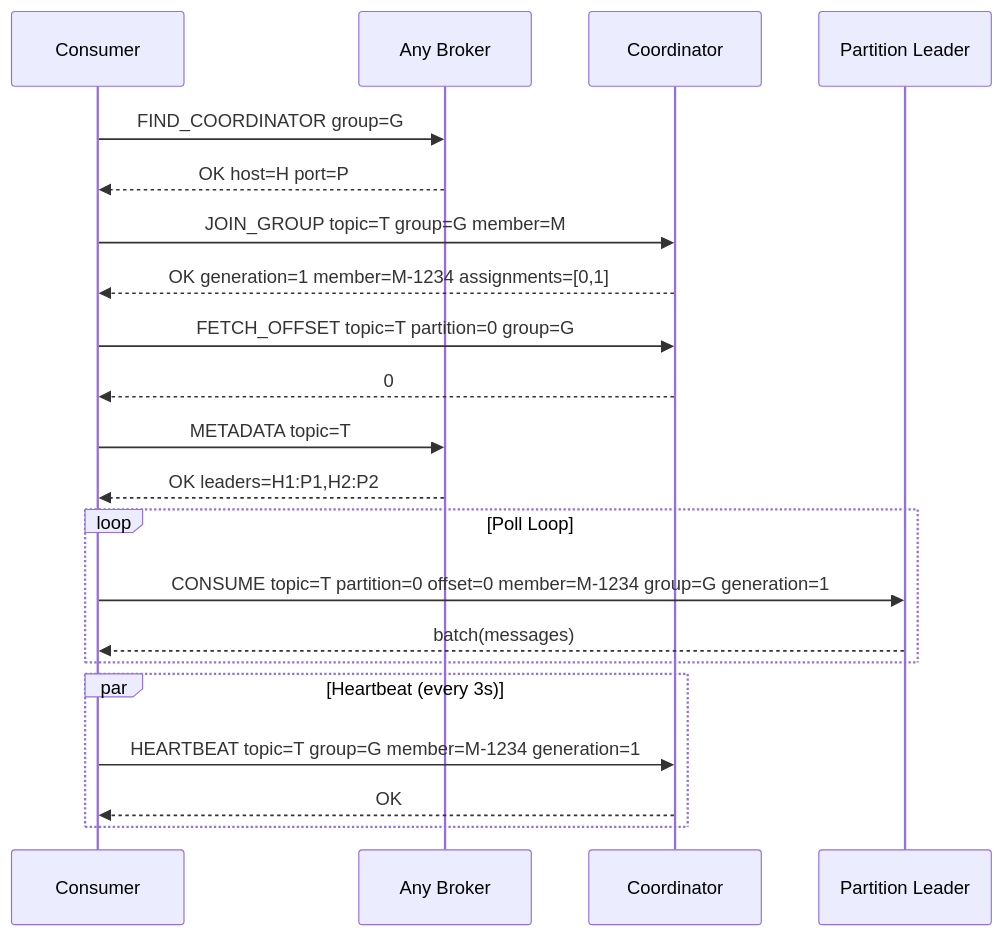
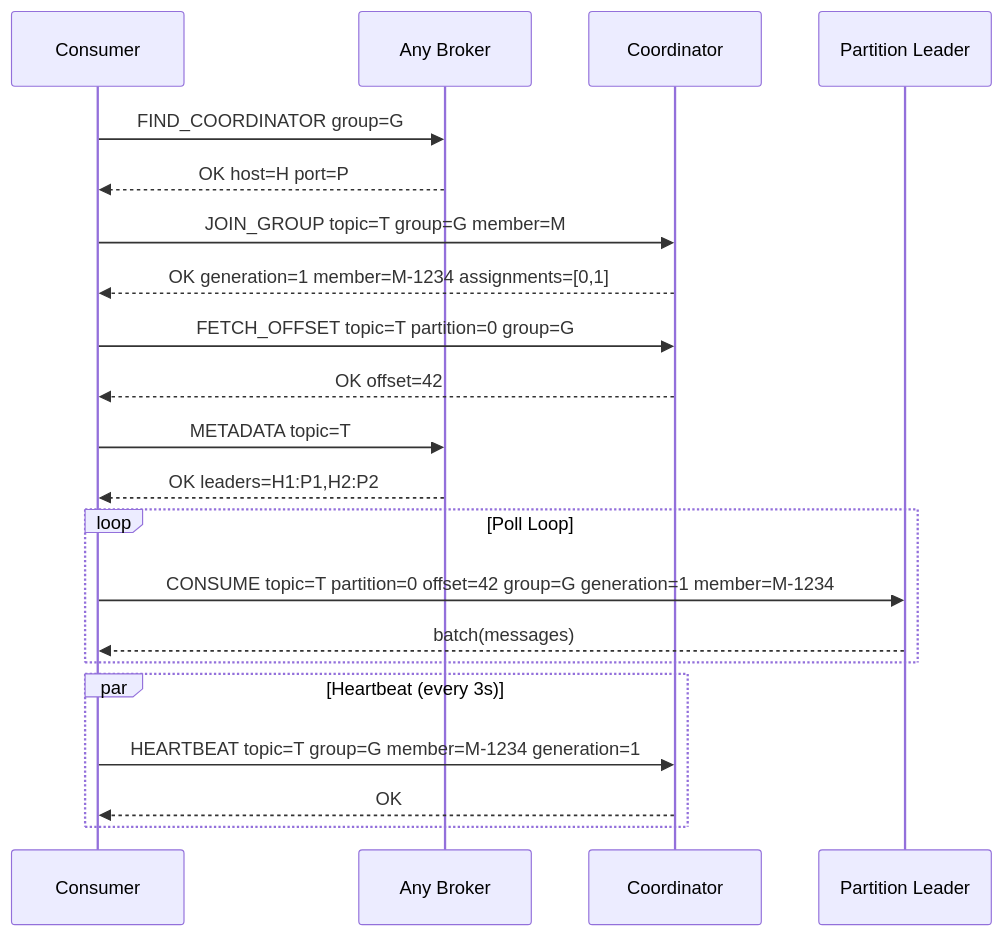
One commit to cursus-io/cursus-java changed the second of 3 diagrams in docs/cluster-consumer.md. Above: the diagram before and after it, drawn with Mermaid. The commit also changed other lines of this file and 27 other files, not shown here.

````diff
--- a/docs/cluster-consumer.md
+++ b/docs/cluster-consumer.md
@@ -66,29 +66,29 @@
 ```mermaid
 sequenceDiagram
     participant C as Consumer
     participant B as Any Broker
     participant CO as Coordinator
     participant PL as Partition Leader
 
     C->>B: FIND_COORDINATOR group=G
     B-->>C: OK host=H port=P
 
     C->>CO: JOIN_GROUP topic=T group=G member=M
     CO-->>C: OK generation=1 member=M-1234 assignments=[0,1]
 
     C->>CO: FETCH_OFFSET topic=T partition=0 group=G
-    CO-->>C: 0
+    CO-->>C: OK offset=42
 
     C->>B: METADATA topic=T
     B-->>C: OK leaders=H1:P1,H2:P2
 
     loop Poll Loop
-        C->>PL: CONSUME topic=T partition=0 offset=0 member=M-1234 group=G generation=1
+        C->>PL: CONSUME topic=T partition=0 offset=42 group=G generation=1 member=M-1234
         PL-->>C: batch(messages)
     end
 
     par Heartbeat (every 3s)
         C->>CO: HEARTBEAT topic=T group=G member=M-1234 generation=1
         CO-->>C: OK
     end
 ```
````
